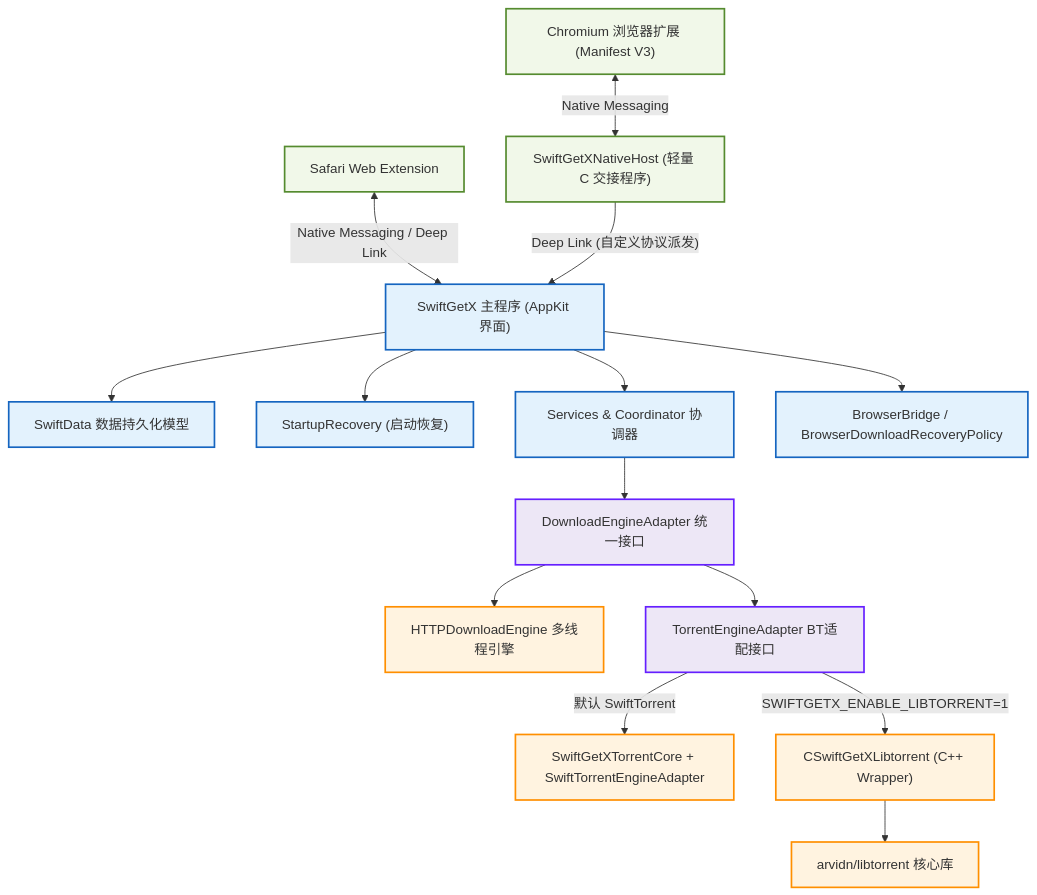
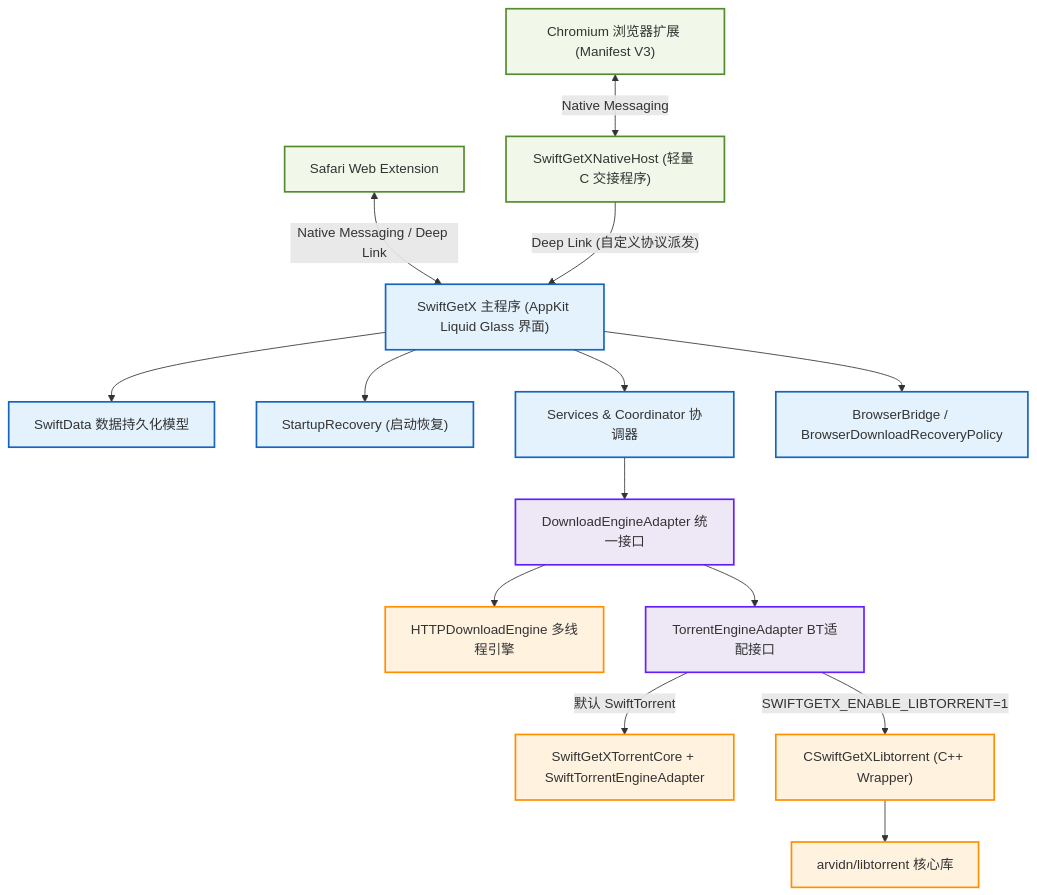
Before and after one commit to vancehuds/SwiftGetX: the diagram in README.md, drawn with Mermaid. The commit also changed other lines of this file and 2 other files, not shown here.

Commit message:
Add Liquid Glass styling to AppKit UI and docs

````diff
--- a/README.md
+++ b/README.md
@@ -79,36 +79,36 @@
 ```mermaid
 graph TD
     classDef main fill:#E3F2FD,stroke:#1565C0,stroke-width:2px;
     classDef browser fill:#F1F8E9,stroke:#558B2F,stroke-width:2px;
     classDef core fill:#EDE7F6,stroke:#651FFF,stroke-width:2px;
     classDef engine fill:#FFF3E0,stroke:#FF8F00,stroke-width:2px;
     
     Chrome["Chromium 浏览器扩展 (Manifest V3)"]:::browser
     Safari["Safari Web Extension"]:::browser
     NativeHost["SwiftGetXNativeHost (轻量 C 交接程序)"]:::browser
-    MainApp["SwiftGetX 主程序 (AppKit 界面)"]:::main
+    MainApp["SwiftGetX 主程序 (AppKit Liquid Glass 界面)"]:::main
     Models["SwiftData 数据持久化模型"]:::main
     StartupRecovery["StartupRecovery (启动恢复)"]:::main
     Coordinator["Services & Coordinator 协调器"]:::main
     BrowserBridge["BrowserBridge / BrowserDownloadRecoveryPolicy"]:::main
     Adapter["DownloadEngineAdapter 统一接口"]:::core
     HTTPEngine["HTTPDownloadEngine 多线程引擎"]:::engine
     TorrentAdapter["TorrentEngineAdapter BT适配接口"]:::core
     SwiftTorrent["SwiftGetXTorrentCore + SwiftTorrentEngineAdapter"]:::engine
     LibtorrentWrapper["CSwiftGetXLibtorrent (C++ Wrapper)"]:::engine
     Libtorrent["arvidn/libtorrent 核心库"]:::engine
 
     Chrome <-->|"Native Messaging"| NativeHost
     Safari <-->|"Native Messaging / Deep Link"| MainApp
     NativeHost -->|"Deep Link (自定义协议派发)"| MainApp
     MainApp --> Models
     MainApp --> StartupRecovery
     MainApp --> Coordinator
     MainApp --> BrowserBridge
     Coordinator --> Adapter
     Adapter --> HTTPEngine
     Adapter --> TorrentAdapter
     TorrentAdapter -->|"默认 SwiftTorrent"| SwiftTorrent
     TorrentAdapter -->|"SWIFTGETX_ENABLE_LIBTORRENT=1"| LibtorrentWrapper
     LibtorrentWrapper --> Libtorrent
 ```
````
